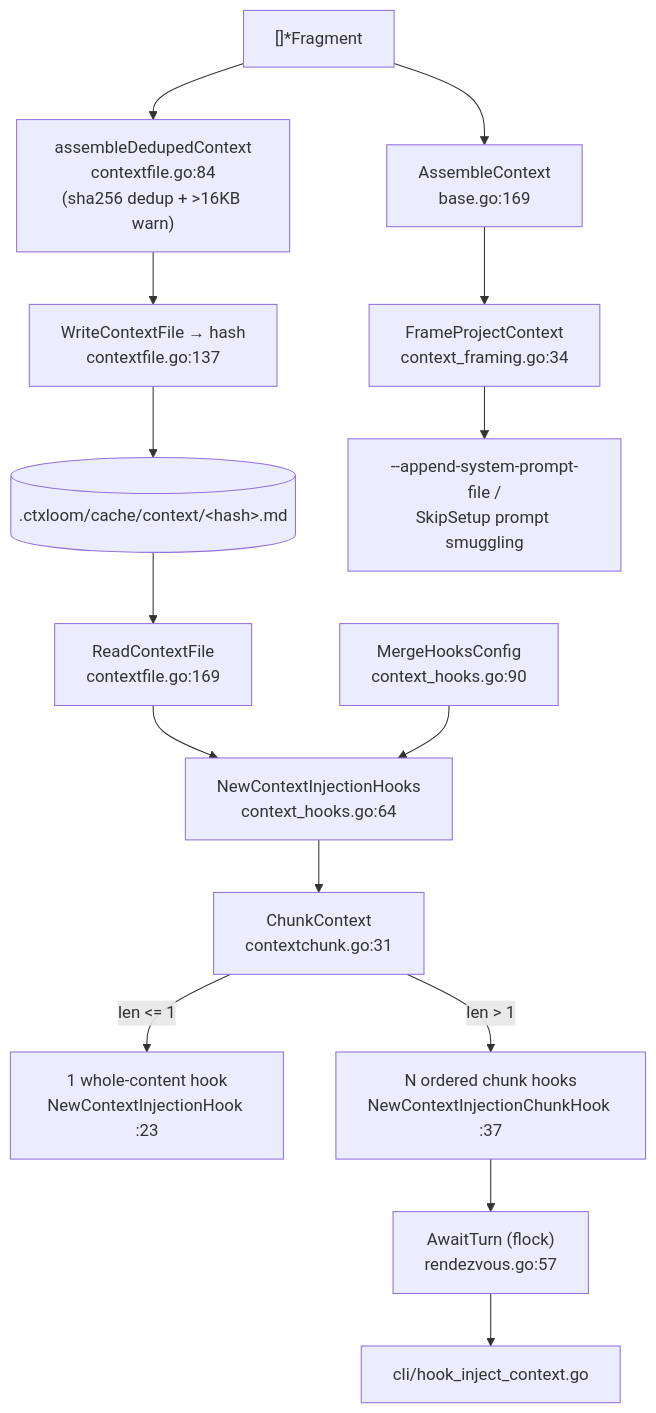
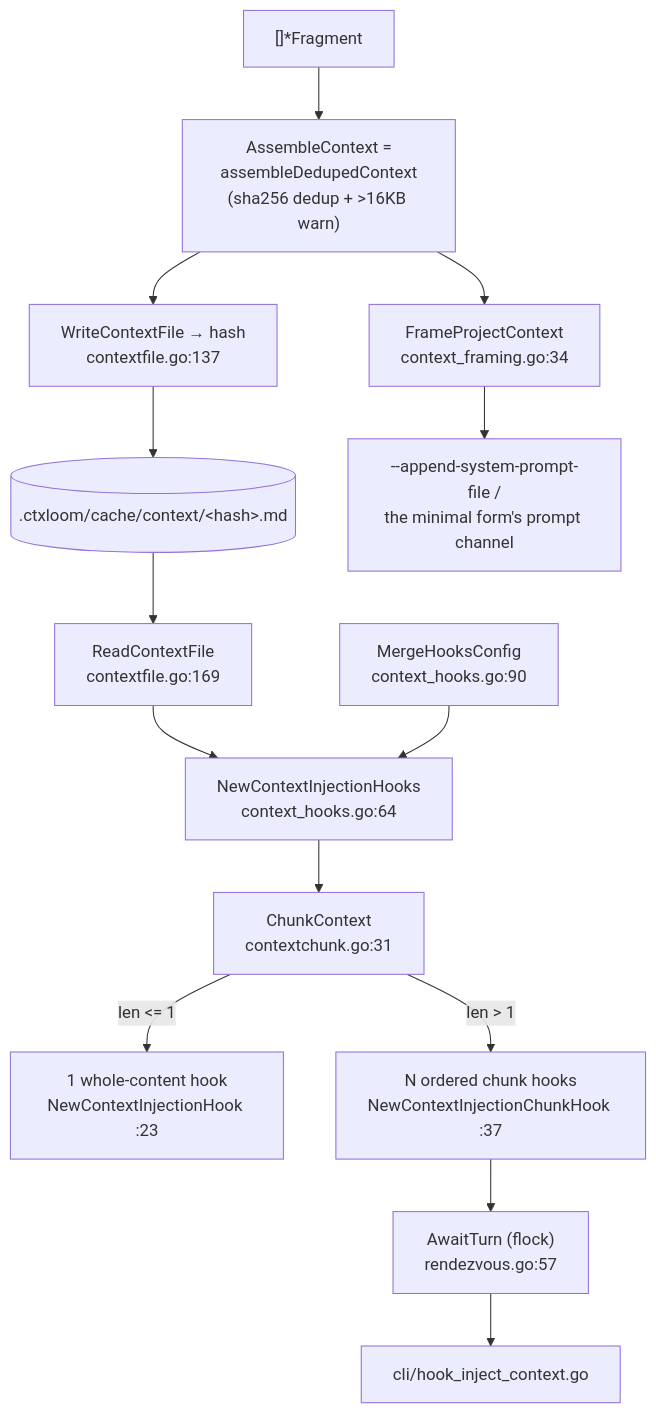
The diagram in docs/architecture/shared/agent-context-delivery.md (ctxloom/ctxloom), drawn with Mermaid before and after one commit. The commit also changed other lines of this file and 6 other files, not shown here.

First line of the commit message:
docs: the architecture pages said two assemblers and a bypass

````diff
--- a/docs/architecture/shared/agent-context-delivery.md
+++ b/docs/architecture/shared/agent-context-delivery.md
@@ -5,17 +5,16 @@
 ```mermaid
 flowchart TD
-    F["[]*Fragment"] --> AC["AssembleContext<br/>base.go:169"]
-    F --> ADC["assembleDedupedContext<br/>contextfile.go:84<br/>(sha256 dedup + >16KB warn)"]
+    F["[]*Fragment"] --> ADC["AssembleContext =<br/>assembleDedupedContext<br/>(sha256 dedup + >16KB warn)"]
     ADC --> WCF["WriteContextFile → hash<br/>contextfile.go:137"]
     WCF --> FILE[(".ctxloom/cache/context/&lt;hash&gt;.md")]
     FILE --> RCF["ReadContextFile<br/>contextfile.go:169"]
     RCF --> NCIH["NewContextInjectionHooks<br/>context_hooks.go:64"]
     NCIH --> CC["ChunkContext<br/>contextchunk.go:31"]
     CC -->|"len &lt;= 1"| H1["1 whole-content hook<br/>NewContextInjectionHook :23"]
     CC -->|"len &gt; 1"| HN["N ordered chunk hooks<br/>NewContextInjectionChunkHook :37"]
     HN --> AT["AwaitTurn (flock)<br/>rendezvous.go:57"]
     AT --> INJ["cli/hook_inject_context.go"]
-    AC --> FPC["FrameProjectContext<br/>context_framing.go:34"]
-    FPC --> SP["--append-system-prompt-file /<br/>SkipSetup prompt smuggling"]
+    ADC --> FPC["FrameProjectContext<br/>context_framing.go:34"]
+    FPC --> SP["--append-system-prompt-file /<br/>the minimal form's prompt channel"]
     MHC["MergeHooksConfig<br/>context_hooks.go:90"] --> NCIH
 ```
````
